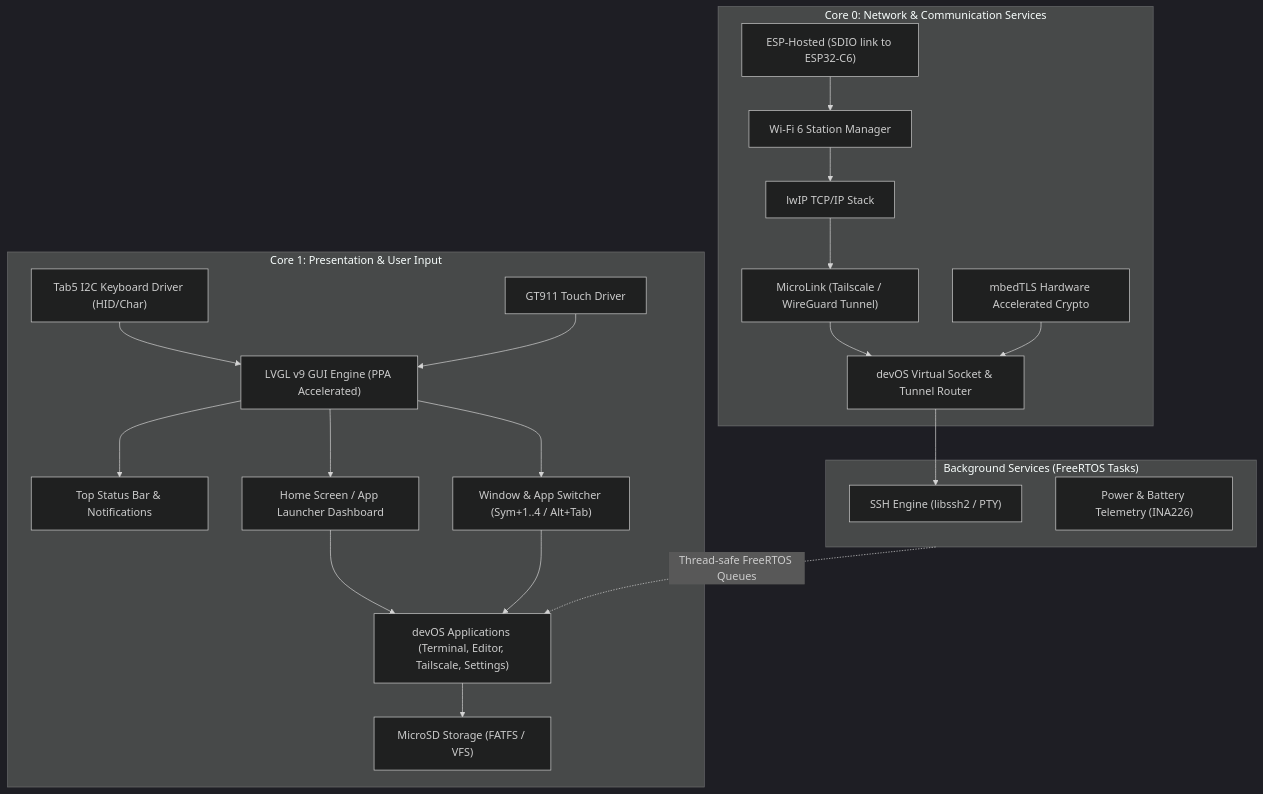
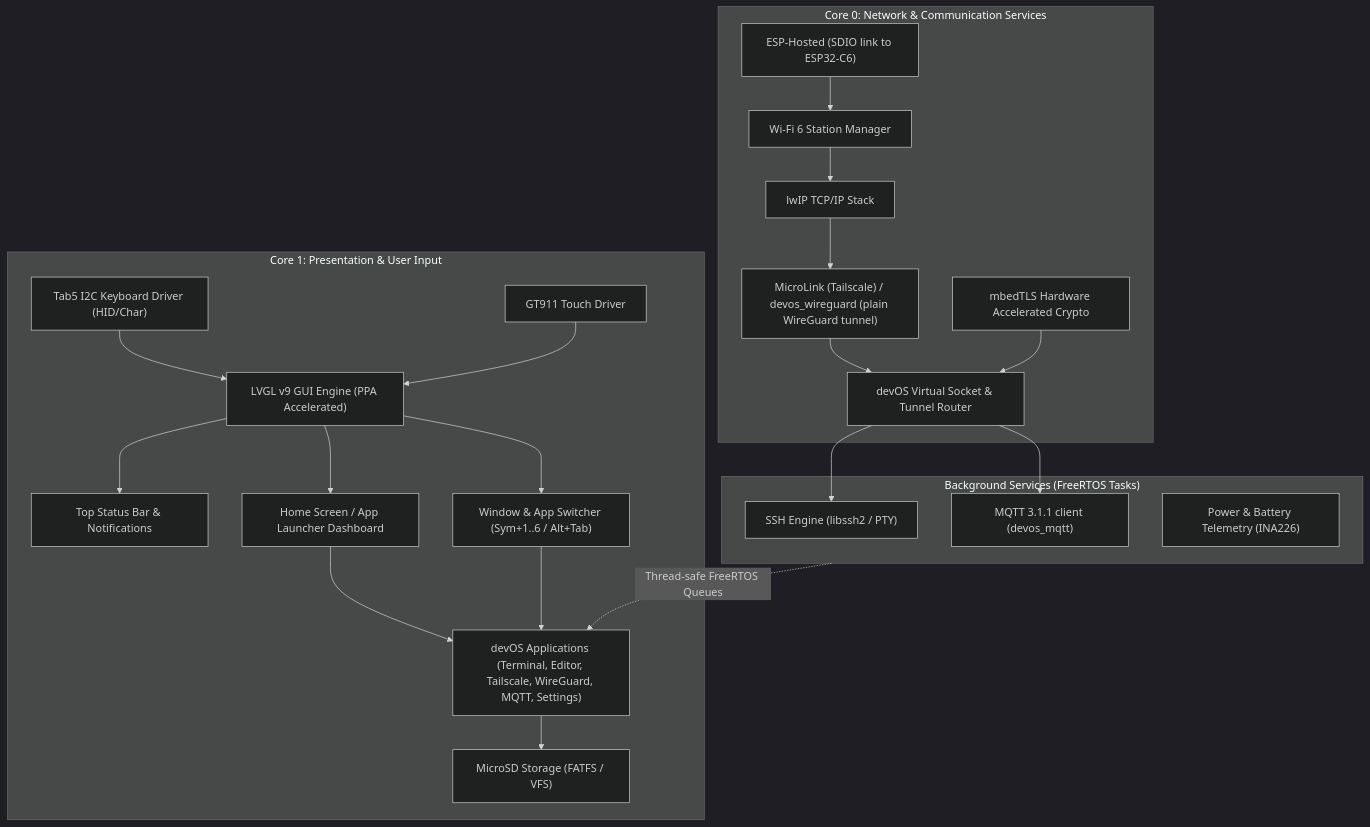
One commit to domgrimm/tab5-devos changed the diagram in PLAN.md. Above: the diagram before and after it, drawn with Mermaid (dark theme). The commit also changed other lines of this file and 17 other files, not shown here.

First line of the commit message:
feat: WireGuard and MQTT apps

````diff
--- a/PLAN.md
+++ b/PLAN.md
@@ -55,46 +60,48 @@
 ```mermaid
 graph TD
     subgraph Core1 ["Core 1: Presentation & User Input"]
         LVGL["LVGL v9 GUI Engine (PPA Accelerated)"]
         UI_TopBar["Top Status Bar & Notifications"]
         UI_Launcher["Home Screen / App Launcher Dashboard"]
-        UI_WM["Window & App Switcher (Sym+1..4 / Alt+Tab)"]
-        UI_Apps["devOS Applications (Terminal, Editor, Tailscale, Settings)"]
+        UI_WM["Window & App Switcher (Sym+1..6 / Alt+Tab)"]
+        UI_Apps["devOS Applications (Terminal, Editor, Tailscale, WireGuard, MQTT, Settings)"]
         KbdDrv["Tab5 I2C Keyboard Driver (HID/Char)"]
         TouchDrv["GT911 Touch Driver"]
         SD_FS["MicroSD Storage (FATFS / VFS)"]
 
         LVGL --> UI_TopBar
         LVGL --> UI_Launcher
         LVGL --> UI_WM
         UI_Launcher --> UI_Apps
         UI_WM --> UI_Apps
         KbdDrv --> LVGL
         TouchDrv --> LVGL
         UI_Apps --> SD_FS
     end
 
     subgraph Core0 ["Core 0: Network & Communication Services"]
         ESPHosted["ESP-Hosted (SDIO link to ESP32-C6)"]
         WiFi["Wi-Fi 6 Station Manager"]
         LwIP["lwIP TCP/IP Stack"]
-        MicroLink["MicroLink (Tailscale / WireGuard Tunnel)"]
+        MicroLink["MicroLink (Tailscale) / devos_wireguard (plain WireGuard tunnel)"]
         mbedTLS["mbedTLS Hardware Accelerated Crypto"]
         NetRouter["devOS Virtual Socket & Tunnel Router"]
 
         ESPHosted --> WiFi
         WiFi --> LwIP
         LwIP --> MicroLink
         MicroLink --> NetRouter
         mbedTLS --> NetRouter
     end
 
     subgraph BackgroundDaemons ["Background Services (FreeRTOS Tasks)"]
         SSHClient["SSH Engine (libssh2 / PTY)"]
+        MQTTClient["MQTT 3.1.1 client (devos_mqtt)"]
         PowerDaemon["Power & Battery Telemetry (INA226)"]
 
         NetRouter --> SSHClient
+        NetRouter --> MQTTClient
     end
 
     BackgroundDaemons -.->|"Thread-safe FreeRTOS Queues"| UI_Apps
 ```
````
